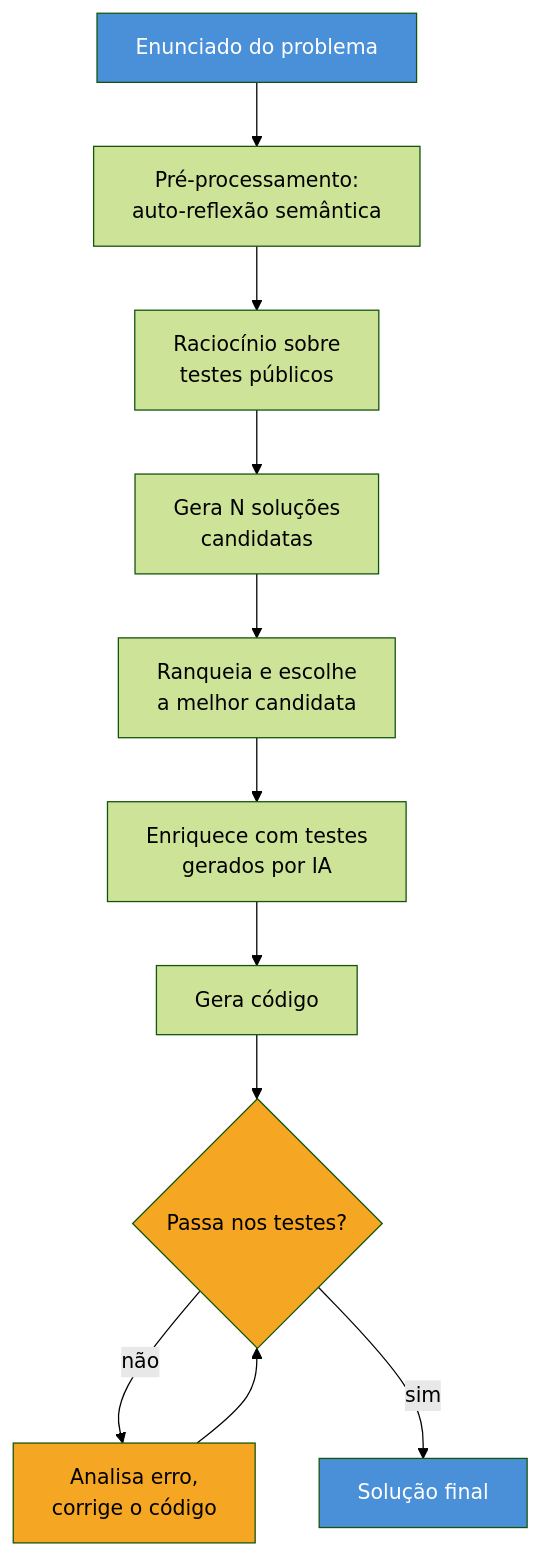
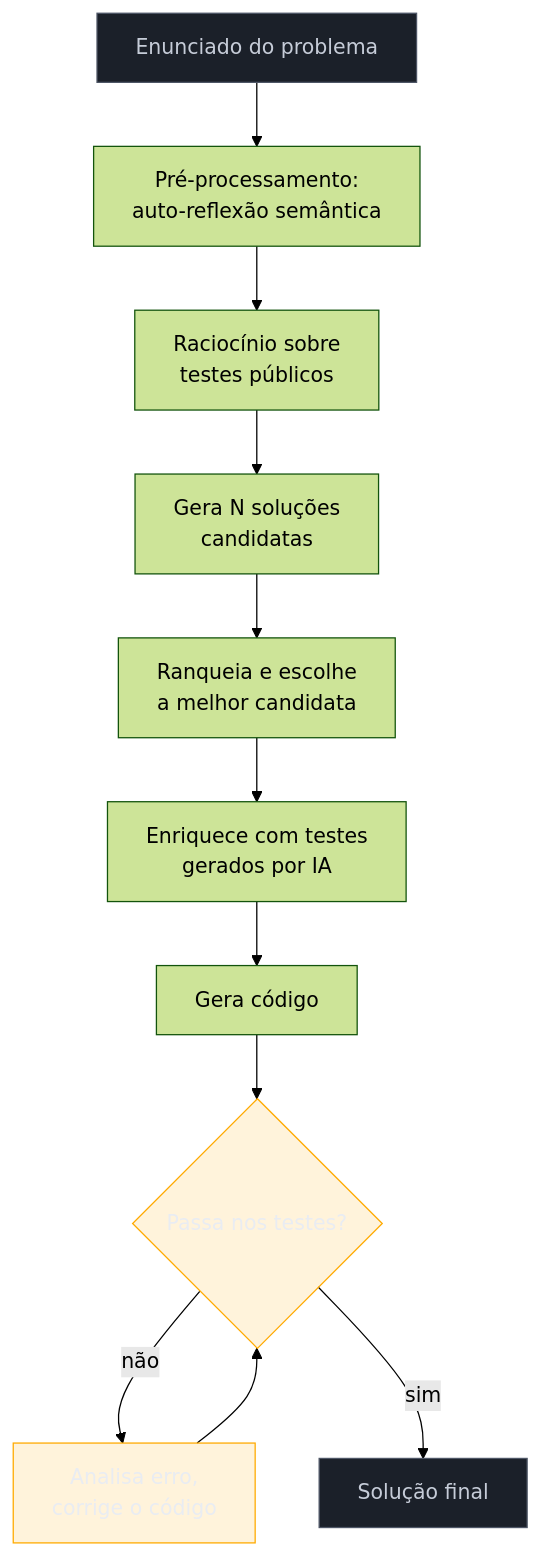
Before and after one commit to josenaldo/codex-technomanticus: the first of 2 diagrams in 03-Dominios/Tecnologia/IA/Evolução da Engenharia de IA/03 - Flow engineering — o precursor que ninguém cita.md, drawn with Mermaid (forest theme). The commit also changed other lines of this file and 1181 other files, not shown here.

First line of the commit message:
fix(diagramas): paleta do sistema no lugar de cor cravada no markdown

````diff
--- a/03-Dominios/Tecnologia/IA/Evolução da Engenharia de IA/03 - Flow engineering — o precursor que ninguém cita.md
+++ b/03-Dominios/Tecnologia/IA/Evolução da Engenharia de IA/03 - Flow engineering — o precursor que ninguém cita.md
@@ -94,18 +94,20 @@
 ```mermaid
 flowchart TD
+    classDef neutro fill:#1B2029,stroke:#4E5666,color:#C6CCD8
+    classDef destaque fill:#FFAA0024,stroke:#FFAA00,color:#E9ECF2
     A[Enunciado do problema] --> B["Pré-processamento:<br/>auto-reflexão semântica"]
     B --> C["Raciocínio sobre<br/>testes públicos"]
     C --> D["Gera N soluções<br/>candidatas"]
     D --> E["Ranqueia e escolhe<br/>a melhor candidata"]
     E --> F["Enriquece com testes<br/>gerados por IA"]
     F --> G[Gera código]
     G --> H{Passa nos testes?}
     H -- não --> I["Analisa erro,<br/>corrige o código"]
     I --> H
     H -- sim --> J[Solução final]
 
-    style A fill:#4A90D9,color:#fff
-    style J fill:#4A90D9,color:#fff
-    style H fill:#F5A623,color:#000
-    style I fill:#F5A623,color:#000
+    class A neutro
+    class J neutro
+    class H destaque
+    class I destaque
 ```
````
